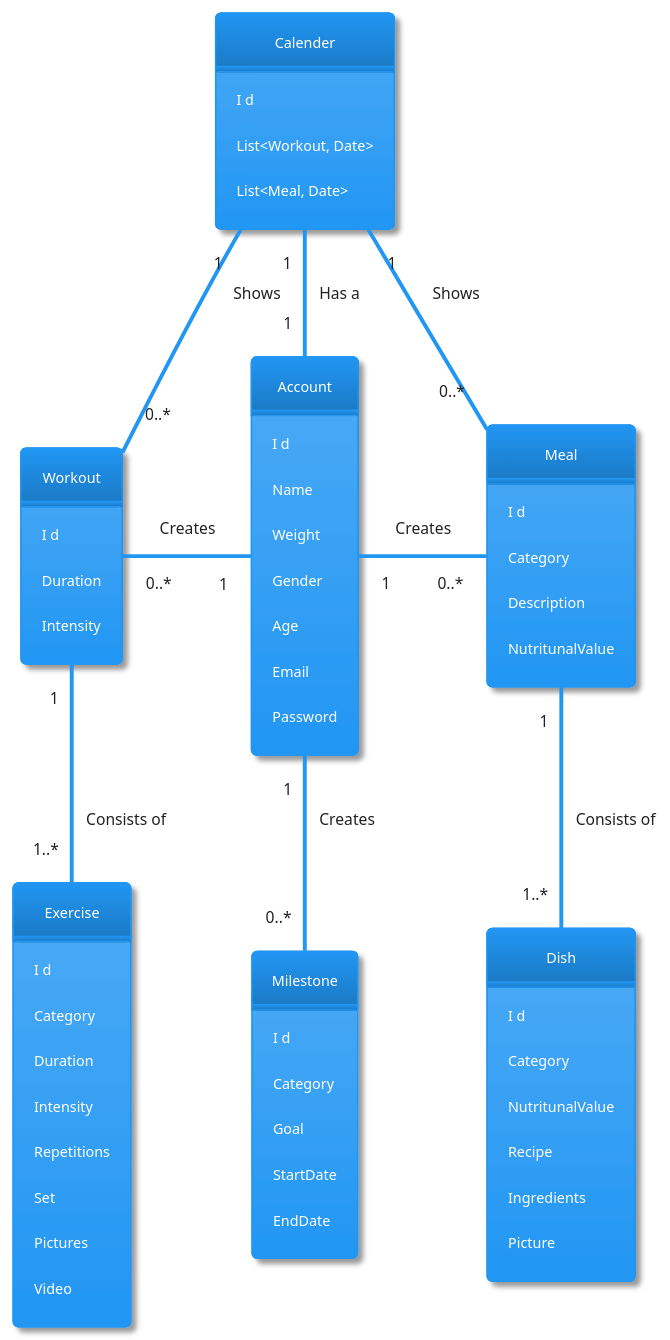
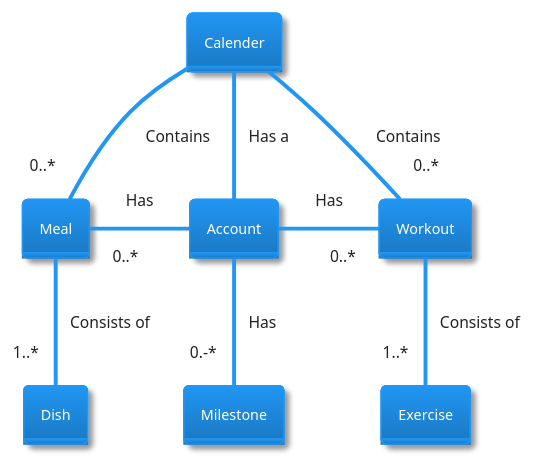
Before and after one commit to MartinStokholm/PRJ4_Repo: the diagram in UML/PlanUML/DomainModel.puml, drawn with PlantUML. The commit also changed 2 other files, not shown here.

```diff
--- a/UML/PlanUML/DomainModel.puml
+++ b/UML/PlanUML/DomainModel.puml
@@ -1,81 +1,84 @@
 @startuml
 ' !theme carbon-gray
 ' !theme plain
 ' !theme aws-orange
 !theme materia
 hide circle
-'hide members
-'hide fields
+hide members
+
+class Calender {
+    - I d
+    - WorkoutPlan List<Workout, Date> 
+    - MealPlan List<Meal, Date> 
+}
 
 class Account {
-    I d
-    Name
-    Weight
-    Gender
-    Age
-    Email
-    Password
-}
-
-Class Workout{
-    I d
-    Duration
-    Intensity
-}
-
-Class Exercise {
-    I d
-    Category
-    Duration
-    Intensity
-    Repetitions
-    Set
-    Pictures 
-    Video
+    - I d
+    - Name
+    - Weight
+    - Gender
+    - Age
+    - Email 
+    - Password
 }
 
 
-class Milestone {
-    I d
-    Category
-    Goal
-    StartDate
-    EndDate
+Class Workout {
+    - I d
+    - Duration
+    - Intensity
 }
 
+class Exercise {
+    - I d
+    - Category
+    - Duration
+    - Intensity
+    - Repetitions
+    - Set
+    - Picture
+    - Video
+}
+
+
 class Meal {
-    I d
-    Category
-    Description
-    NutritunalValue
+    - I d 
+    - Category
+    - Description
+    - NutritunalValue
 }
 
 class Dish {
-    I d
-    Category
-    NutritunalValue 
-    Recipe
-    Ingredients
-    Picture
-}
-
-class Calender {
-    I d
-    List<Workout, Date>
-    List<Meal, Date>
+    - I d 
+    - Category
+    - NutritunalValue
+    - Recipe
+    - Ingredients
+    - Picture
+    - Preptime
 }
 
 
 
-
-Account "1" -l- "0..*" Workout : Creates
-Account "1" -r- "0..*" Meal : Creates
-Account "1" -- "0..*" Milestone : Creates
-Workout"1" -- "1..*" Exercise : Consists of  
-Meal"1" -- "1..*" Dish : Consists of  
-Account "1" -u- "1" Calender : Has a
+class Milestone {
+    - I d
+    - Category
+    - Goal
+    - StartDate
+    - EndDate 
+}
 
 
-Calender "1" -- "0..*" Workout : Shows
-Calender "1" --  "0..*" Meal : Shows
+Account  -l- "0..*" Meal : Has 
+Account  -u- Calender : Has a
+Account  -r-  "0..*"Workout : Has 
+Account  -d- "0.-*" Milestone : Has 
+
+Meal -d- "1..*" Dish : Consists of 
+Workout -d- "1..*" Exercise : Consists of
+
+Calender -- "0..*" Workout : Contains
+Calender -- "0..*" Meal : Contains
+
+
 @enduml
```
